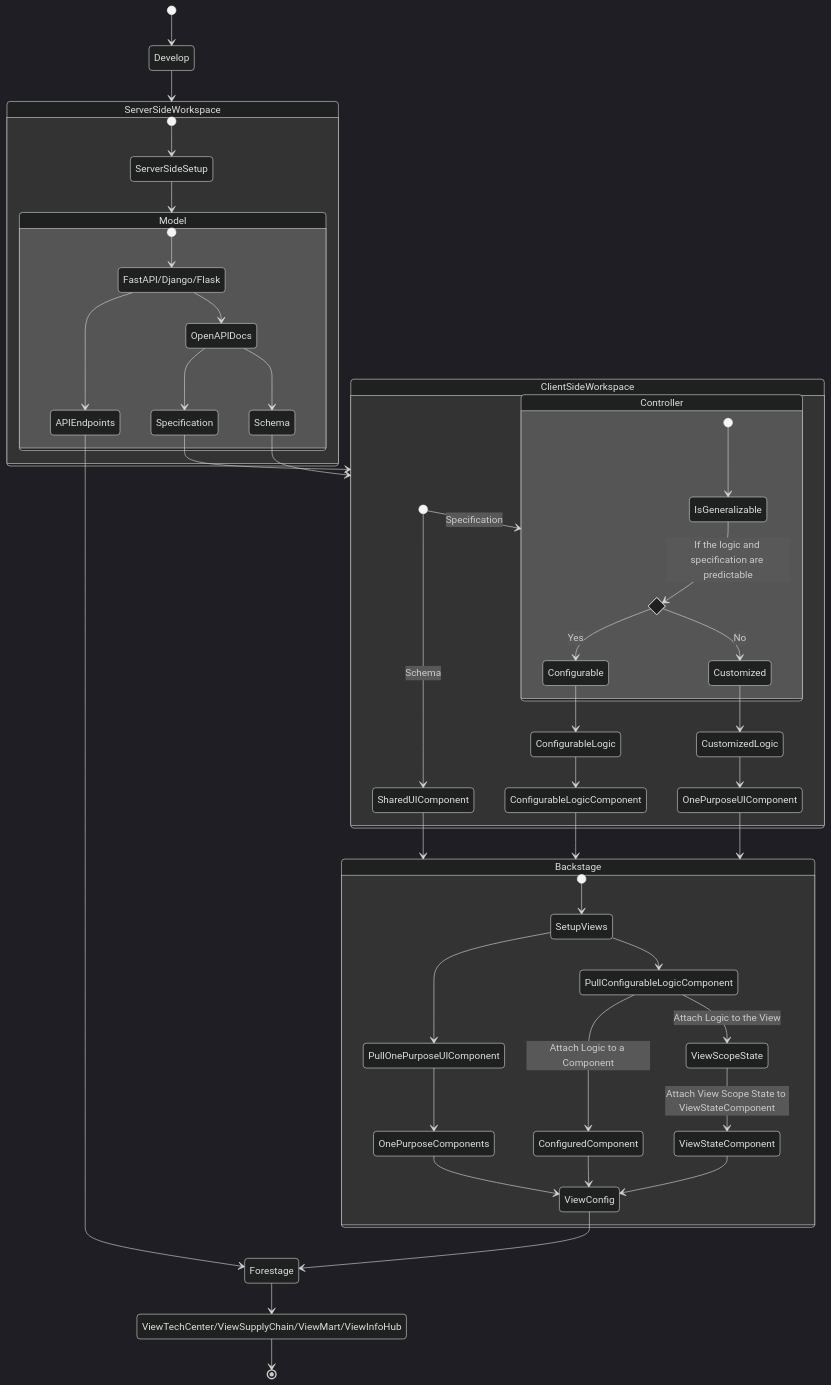
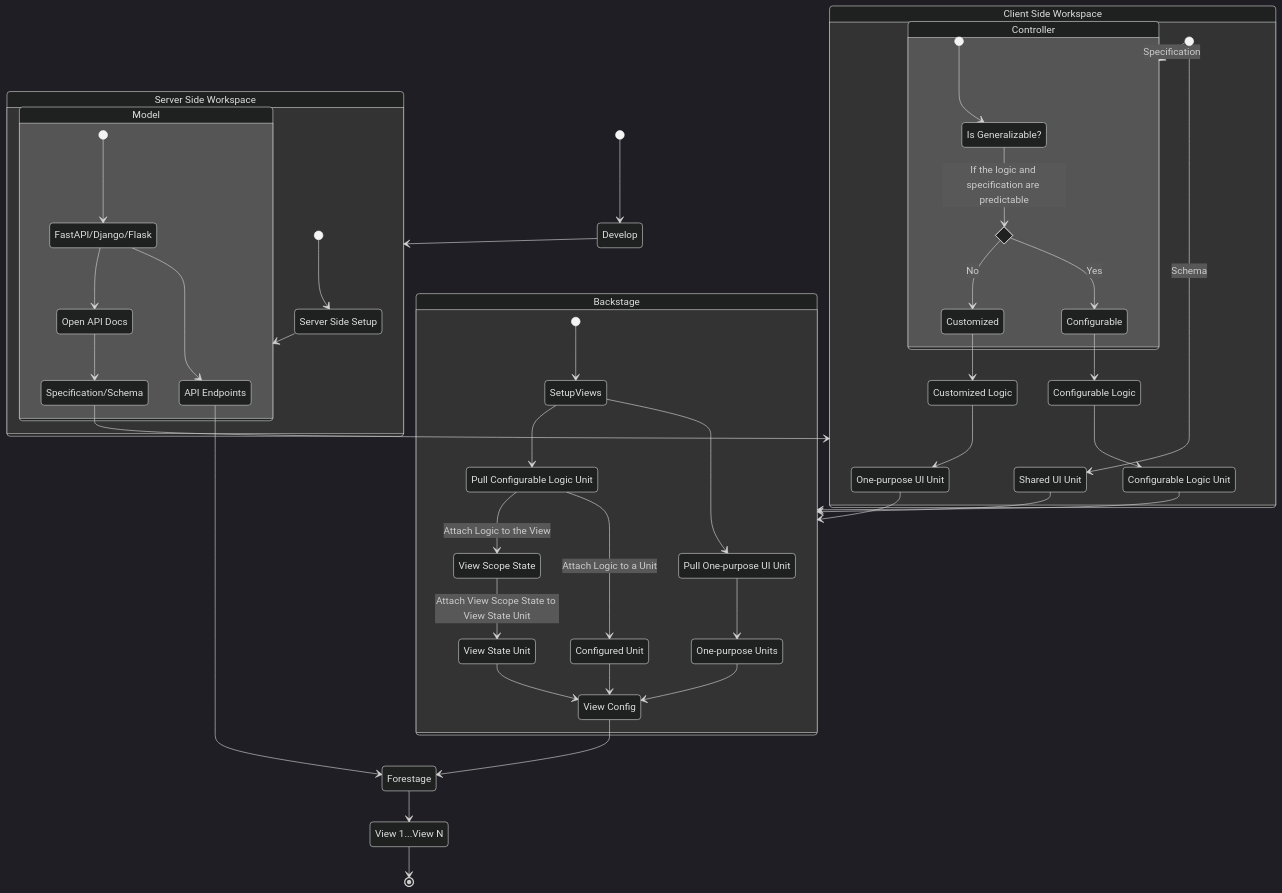
One commit to SiegeSailor/vault-personal changed the diagram in master-notes/NOTE/docs/10@future-project-plan/1@portal/2@view-config-flow.md. Above: the diagram before and after it, drawn with Mermaid (dark theme). The commit also changed other lines of this file and 7 other files, not shown here.

Commit message:
Modify all state diagram Add operation-system content

````diff
--- a/master-notes/NOTE/docs/10@future-project-plan/1@portal/2@view-config-flow.md
+++ b/master-notes/NOTE/docs/10@future-project-plan/1@portal/2@view-config-flow.md
@@ -9,59 +9,77 @@
 ```mermaid
 stateDiagram-v2
     direction TB
+    ServerSideWorkspace: Server Side Workspace
+    ServerSideSetup: Server Side Setup
+    APIEndpoints: API Endpoints
+    OpenAPIDocs: Open API Docs
+    ClientSideWorkspace: Client Side Workspace
+    SharedUIUnit: Shared UI Unit
+    IsGeneralizable: Is Generalizable?
+    ConfigurableLogic: Configurable Logic
+    CustomizedLogic: Customized Logic
+    ConfigurableLogicUnit: Configurable Logic Unit
+    OnePurposeUIUnit: One-purpose UI Unit
+    PullOnePurposeUIUnit: Pull One-purpose UI Unit
+    PullConfigurableLogicUnit: Pull Configurable Logic Unit
+    OnePurposeUnits: One-purpose Units
+    ConfiguredUnit: Configured Unit
+    ViewStateUnit: View State Unit
+    ViewScopeState: View Scope State
+    ViewConfig: View Config
+    View1...ViewN: View 1...View N
+
     [*] --> Develop
     Develop --> ServerSideWorkspace
     state ServerSideWorkspace {
         [*] --> ServerSideSetup
         ServerSideSetup --> Model
             state Model {
             [*] --> FastAPI/Django/Flask
             FastAPI/Django/Flask --> APIEndpoints
             FastAPI/Django/Flask --> OpenAPIDocs
-            OpenAPIDocs --> Specification
-            OpenAPIDocs --> Schema
+            OpenAPIDocs --> Specification/Schema
         }
     }
 
     APIEndpoints --> Forestage
-    Specification --> ClientSideWorkspace
-    Schema --> ClientSideWorkspace
+    Specification/Schema --> ClientSideWorkspace
 
     state ClientSideWorkspace {
         [*] --> Controller : Specification
-        [*] --> SharedUIComponent : Schema
+        [*] --> SharedUIUnit : Schema
         state Controller {
             state if_state <<choice>>
             [*] --> IsGeneralizable
             IsGeneralizable --> if_state : If the logic and specification are predictable
             if_state --> Configurable : Yes
             if_state --> Customized : No
             Configurable --> ConfigurableLogic
             Customized --> CustomizedLogic
         }
 
-        ConfigurableLogic --> ConfigurableLogicComponent
-        CustomizedLogic --> OnePurposeUIComponent
+        ConfigurableLogic --> ConfigurableLogicUnit
+        CustomizedLogic --> OnePurposeUIUnit
     }
 
-    ConfigurableLogicComponent --> Backstage
-    OnePurposeUIComponent --> Backstage
-    SharedUIComponent --> Backstage
+    ConfigurableLogicUnit --> Backstage
+    OnePurposeUIUnit --> Backstage
+    SharedUIUnit --> Backstage
     state Backstage {
         [*] --> SetupViews
-        SetupViews --> PullOnePurposeUIComponent
-        SetupViews --> PullConfigurableLogicComponent
-        PullOnePurposeUIComponent --> OnePurposeComponents
-        PullConfigurableLogicComponent --> ConfiguredComponent : Attach Logic to a Component
-        PullConfigurableLogicComponent --> ViewScopeState : Attach Logic to the View
-        ViewScopeState --> ViewStateComponent : Attach View Scope State to ViewStateComponent
+        SetupViews --> PullOnePurposeUIUnit
+        SetupViews --> PullConfigurableLogicUnit
+        PullOnePurposeUIUnit --> OnePurposeUnits
+        PullConfigurableLogicUnit --> ConfiguredUnit : Attach Logic to a Unit
+        PullConfigurableLogicUnit --> ViewScopeState : Attach Logic to the View
+        ViewScopeState --> ViewStateUnit : Attach View Scope State to View State Unit
 
-        OnePurposeComponents --> ViewConfig
-        ConfiguredComponent --> ViewConfig
-        ViewStateComponent --> ViewConfig
+        OnePurposeUnits --> ViewConfig
+        ConfiguredUnit --> ViewConfig
+        ViewStateUnit --> ViewConfig
     }
 
     ViewConfig --> Forestage
-    Forestage --> ViewTechCenter/ViewSupplyChain/ViewMart/ViewInfoHub
-    ViewTechCenter/ViewSupplyChain/ViewMart/ViewInfoHub --> [*]
+    Forestage --> View1...ViewN
+    View1...ViewN --> [*]
 ```
````
